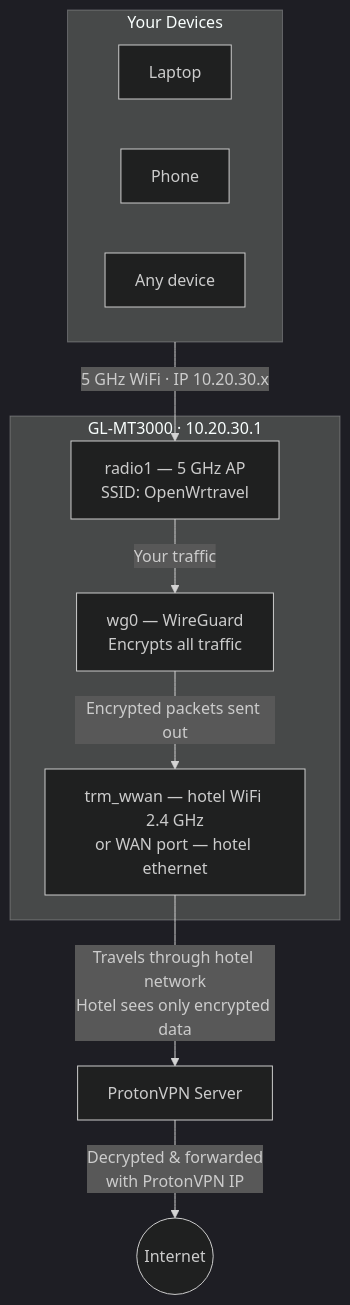
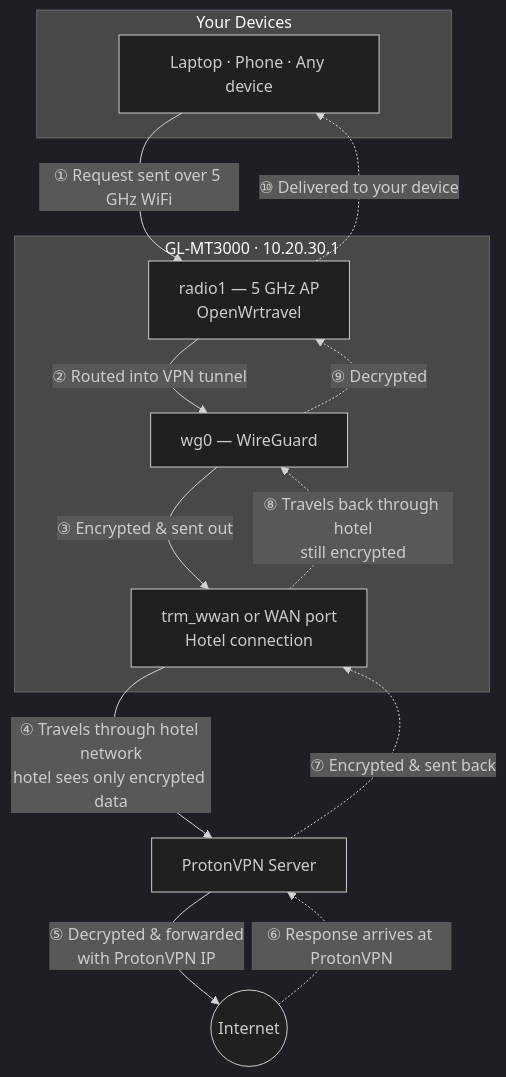
The diagram in README.md (invisi101/openwrt), drawn with Mermaid (dark theme) before and after one commit. The commit also changed other lines of this file, not shown here.

Commit message:
Add ip fallback for Linux users without NetworkManager; add numbered-step diagram with return journey

````diff
--- a/README.md
+++ b/README.md
@@ -10,23 +12,27 @@
 ```mermaid
 flowchart TD
     subgraph devices["Your Devices"]
-        d1[Laptop]
-        d2[Phone]
-        d3[Any device]
+        dev[Laptop · Phone · Any device]
     end
 
     subgraph router["GL-MT3000 · 10.20.30.1"]
-        ap["radio1 — 5 GHz AP\nSSID: OpenWrtravel"]
-        wg["wg0 — WireGuard\nEncrypts all traffic"]
-        exit["trm_wwan — hotel WiFi 2.4 GHz\nor WAN port — hotel ethernet"]
+        ap["radio1 — 5 GHz AP\nOpenWrtravel"]
+        wg["wg0 — WireGuard"]
+        exit["trm_wwan or WAN port\nHotel connection"]
     end
 
-    vpn["ProtonVPN Server"]
+    vpn[ProtonVPN Server]
     internet((Internet))
 
-    devices -->|"5 GHz WiFi · IP 10.20.30.x"| ap
-    ap -->|"Your traffic"| wg
-    wg -->|"Encrypted packets sent out"| exit
-    exit -->|"Travels through hotel network\nHotel sees only encrypted data"| vpn
-    vpn -->|"Decrypted & forwarded\nwith ProtonVPN IP"| internet
+    dev -->|"① Request sent over 5 GHz WiFi"| ap
+    ap -->|"② Routed into VPN tunnel"| wg
+    wg -->|"③ Encrypted & sent out"| exit
+    exit -->|"④ Travels through hotel network\nhotel sees only encrypted data"| vpn
+    vpn -->|"⑤ Decrypted & forwarded\nwith ProtonVPN IP"| internet
+
+    internet -.->|"⑥ Response arrives at ProtonVPN"| vpn
+    vpn -.->|"⑦ Encrypted & sent back"| exit
+    exit -.->|"⑧ Travels back through hotel\nstill encrypted"| wg
+    wg -.->|"⑨ Decrypted"| ap
+    ap -.->|"⑩ Delivered to your device"| dev
 ```
````
